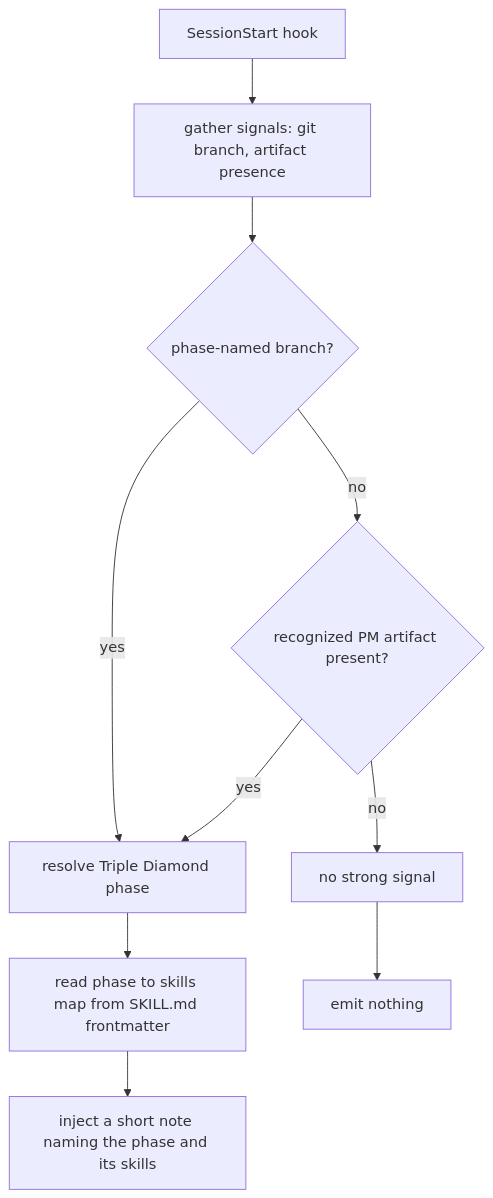
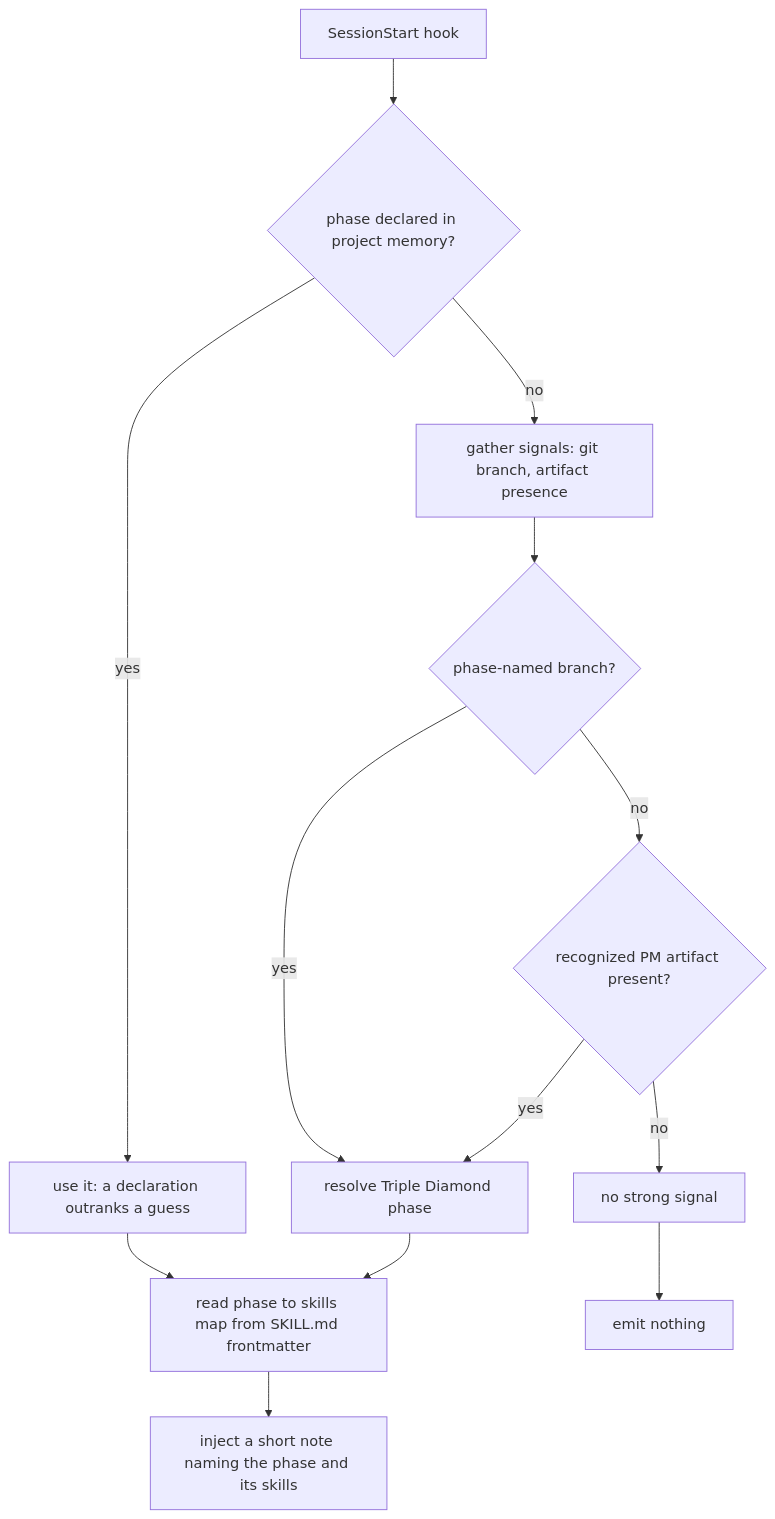
One commit to product-on-purpose/pm-skills changed the second of 3 diagrams in site/src/content/docs/concepts/hooks.md. Above: the diagram before and after it, drawn with Mermaid. The commit also changed other lines of this file and 5 other files, not shown here.

````diff
--- a/site/src/content/docs/concepts/hooks.md
+++ b/site/src/content/docs/concepts/hooks.md
@@ -67,12 +69,15 @@
 ```mermaid
 flowchart TD
-    S[SessionStart hook] --> G[gather signals: git branch, artifact presence]
+    S[SessionStart hook] --> M{phase declared in project memory?}
+    M -->|yes| D[use it: a declaration outranks a guess]
+    M -->|no| G[gather signals: git branch, artifact presence]
     G --> B{phase-named branch?}
     B -->|yes| P[resolve Triple Diamond phase]
     B -->|no| A{recognized PM artifact present?}
     A -->|yes| P
     A -->|no| Q[no strong signal]
     Q --> SILENT[emit nothing]
-    P --> L[read phase to skills map from SKILL.md frontmatter]
+    D --> L[read phase to skills map from SKILL.md frontmatter]
+    P --> L
     L --> N[inject a short note naming the phase and its skills]
 ```
````
